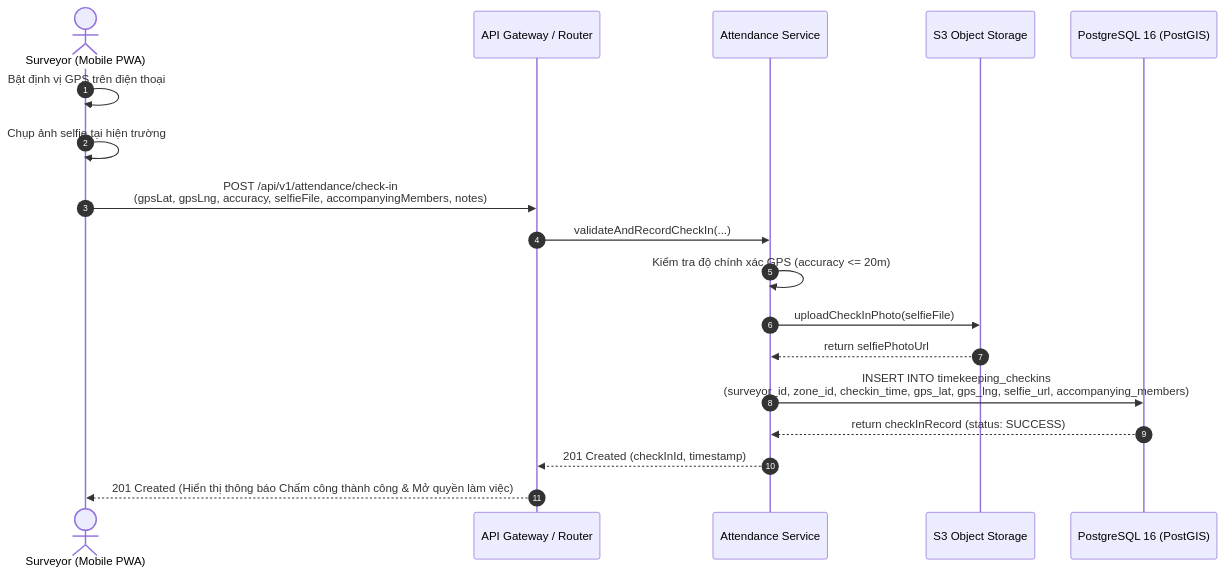
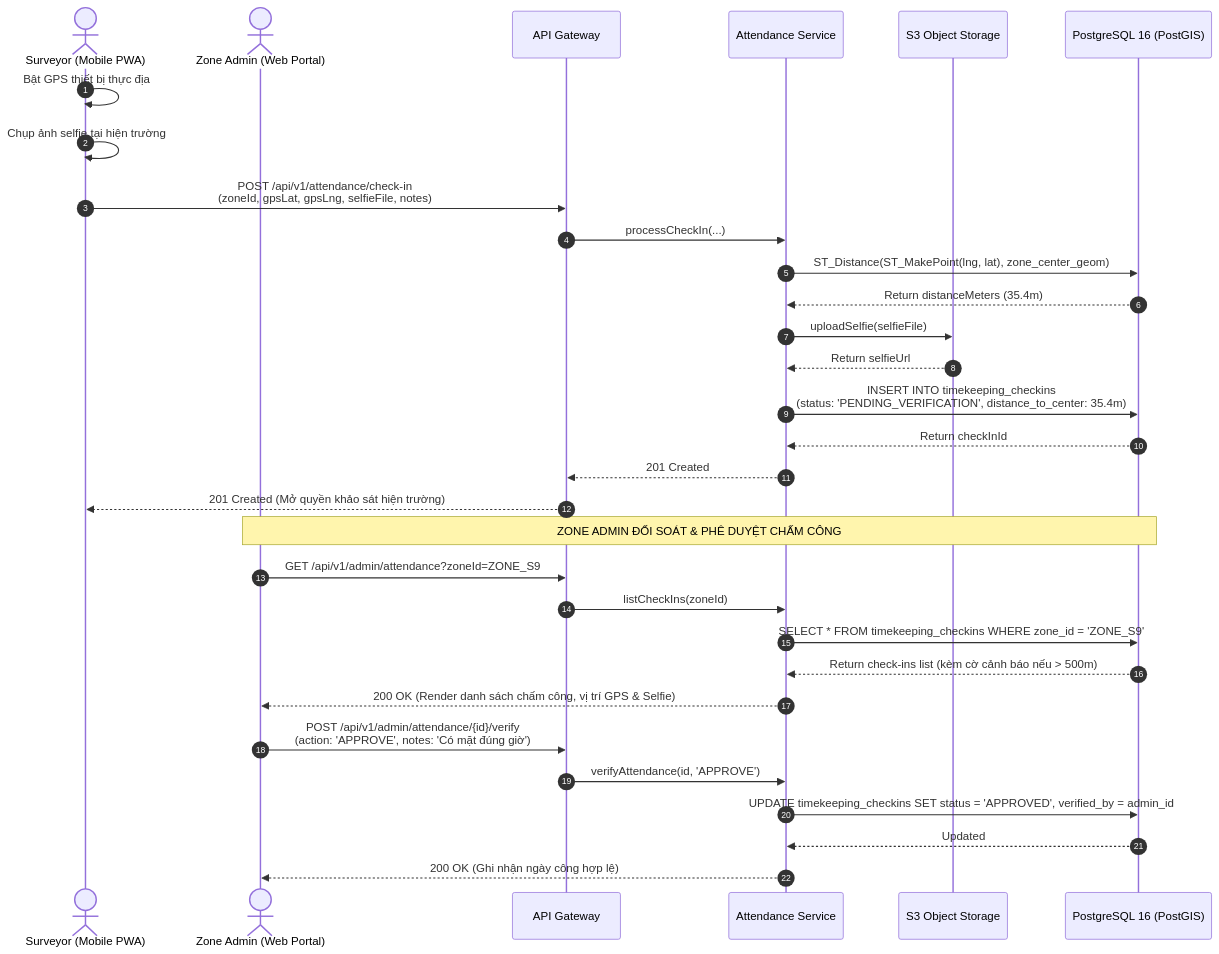
The first of 8 diagrams in srs/notchange/SEQUENCE_DIAGRAMS.md (Vqd2k6/BCR-System), drawn with Mermaid before and after one commit. The commit also changed other lines of this file and 5 other files, not shown here.

Commit message:
docs(srs): map and synchronize 100% of Class Diagram, Use Cases, Sequence Diagrams, Activity Diagrams, and Survey Forms with API Specification

````diff
--- a/srs/notchange/SEQUENCE_DIAGRAMS.md
+++ b/srs/notchange/SEQUENCE_DIAGRAMS.md
@@ -17,25 +15,39 @@
 ```mermaid
 sequenceDiagram
     autonumber
     actor S as Surveyor (Mobile PWA)
-    participant GW as API Gateway / Router
+    actor ZA as Zone Admin (Web Portal)
+    participant GW as API Gateway
     participant AS as Attendance Service
     participant FS as S3 Object Storage
     participant DB as PostgreSQL 16 (PostGIS)
 
-    S->>S: Bật định vị GPS trên điện thoại
+    S->>S: Bật GPS thiết bị thực địa
     S->>S: Chụp ảnh selfie tại hiện trường
-    S->>GW: POST /api/v1/attendance/check-in<br>(gpsLat, gpsLng, accuracy, selfieFile, accompanyingMembers, notes)
+    S->>GW: POST /api/v1/attendance/check-in<br>(zoneId, gpsLat, gpsLng, selfieFile, notes)
     
-    GW->>AS: validateAndRecordCheckIn(...)
-    AS->>AS: Kiểm tra độ chính xác GPS (accuracy <= 20m)
+    GW->>AS: processCheckIn(...)
+    AS->>DB: ST_Distance(ST_MakePoint(lng, lat), zone_center_geom)
+    DB-->>AS: Return distanceMeters (35.4m)
     
-    AS->>FS: uploadCheckInPhoto(selfieFile)
-    FS-->>AS: return selfiePhotoUrl
+    AS->>FS: uploadSelfie(selfieFile)
+    FS-->>AS: Return selfieUrl
     
-    AS->>DB: INSERT INTO timekeeping_checkins<br>(surveyor_id, zone_id, checkin_time, gps_lat, gps_lng, selfie_url, accompanying_members)
-    DB-->>AS: return checkInRecord (status: SUCCESS)
-    
-    AS-->>GW: 201 Created (checkInId, timestamp)
-    GW-->>S: 201 Created (Hiển thị thông báo Chấm công thành công & Mở quyền làm việc)
+    AS->>DB: INSERT INTO timekeeping_checkins<br>(status: 'PENDING_VERIFICATION', distance_to_center: 35.4m)
+    DB-->>AS: Return checkInId
+    AS-->>GW: 201 Created
+    GW-->>S: 201 Created (Mở quyền khảo sát hiện trường)
+
+    Note over ZA,DB: ZONE ADMIN ĐỐI SOÁT & PHÊ DUYỆT CHẤM CÔNG
+    ZA->>GW: GET /api/v1/admin/attendance?zoneId=ZONE_S9
+    GW->>AS: listCheckIns(zoneId)
+    AS->>DB: SELECT * FROM timekeeping_checkins WHERE zone_id = 'ZONE_S9'
+    DB-->>AS: Return check-ins list (kèm cờ cảnh báo nếu > 500m)
+    AS-->>ZA: 200 OK (Render danh sách chấm công, vị trí GPS & Selfie)
+
+    ZA->>GW: POST /api/v1/admin/attendance/{id}/verify<br>(action: 'APPROVE', notes: 'Có mặt đúng giờ')
+    GW->>AS: verifyAttendance(id, 'APPROVE')
+    AS->>DB: UPDATE timekeeping_checkins SET status = 'APPROVED', verified_by = admin_id
+    DB-->>AS: Updated
+    AS-->>ZA: 200 OK (Ghi nhận ngày công hợp lệ)
 ```
````
